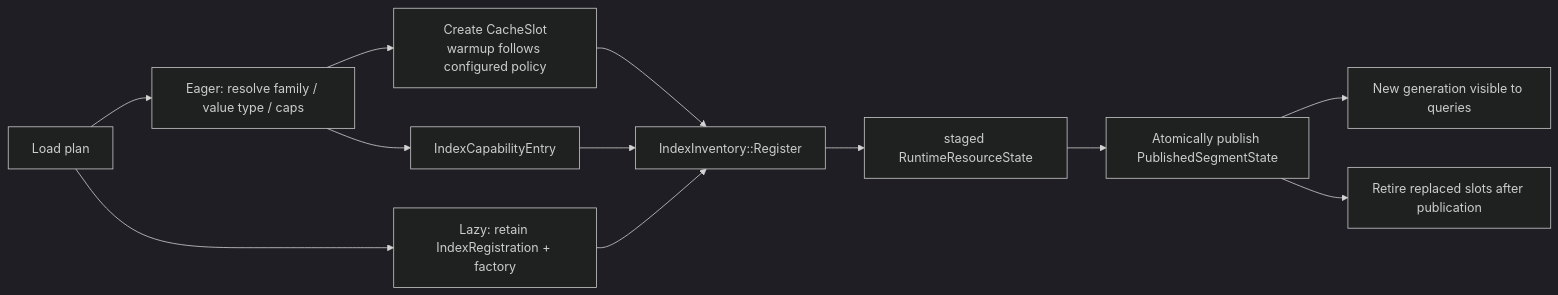
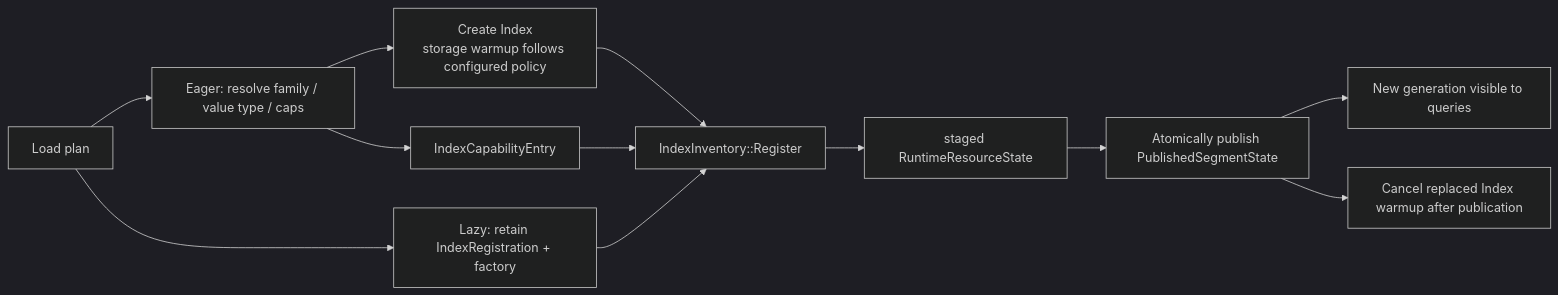
The first of 2 diagrams in internal/core/src/segcore/indexing/README.md (milvus-io/milvus), drawn with Mermaid (dark theme) before and after one commit. The commit also changed other lines of this file and 48 other files, not shown here.

Commit message:
enhance: create request readers from sealed index inventory

````diff
--- a/internal/core/src/segcore/indexing/README.md
+++ b/internal/core/src/segcore/indexing/README.md
@@ -71,14 +70,14 @@
 ```mermaid
 flowchart LR
     load["Load plan"] --> eager["Eager: resolve family / value type / caps"]
-    eager --> slot["Create CacheSlot<br/>warmup follows configured policy"]
+    eager --> slot["Create Index<br/>storage warmup follows configured policy"]
     eager --> meta["IndexCapabilityEntry"]
     slot --> register["IndexInventory::Register"]
     meta --> register
     load --> lazy["Lazy: retain IndexRegistration + factory"]
     lazy --> register
     register --> staged["staged RuntimeResourceState"]
     staged --> publish["Atomically publish PublishedSegmentState"]
     publish --> visible["New generation visible to queries"]
-    publish --> retire["Retire replaced slots after publication"]
+    publish --> retire["Cancel replaced Index warmup after publication"]
 ```
````
